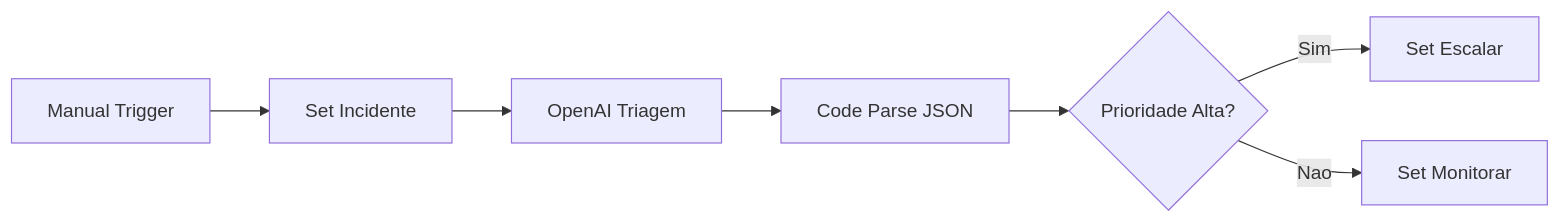
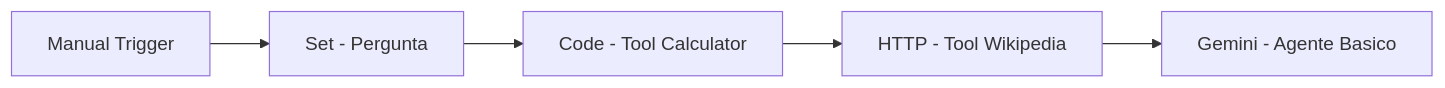
One commit to ClaudioMendonca-Eng/Kensei_AI_Foundations changed the first of 4 diagrams in semana-06/README.md. Above: the diagram before and after it, drawn with Mermaid. The commit also changed other lines of this file and 11 other files, not shown here.

````diff
--- a/semana-06/README.md
+++ b/semana-06/README.md
@@ -79,9 +72,7 @@
 ```mermaid
 flowchart LR
-    A[Manual Trigger] --> B[Set Incidente]
-    B --> C[OpenAI Triagem]
-    C --> D[Code Parse JSON]
-    D --> E{Prioridade Alta?}
-    E -->|Sim| F[Set Escalar]
-    E -->|Nao| G[Set Monitorar]
+    A[Manual Trigger] --> B[Set - Pergunta]
+    B --> C[Code - Tool Calculator]
+    C --> D[HTTP - Tool Wikipedia]
+    D --> E[Gemini - Agente Basico]
 ```
````
